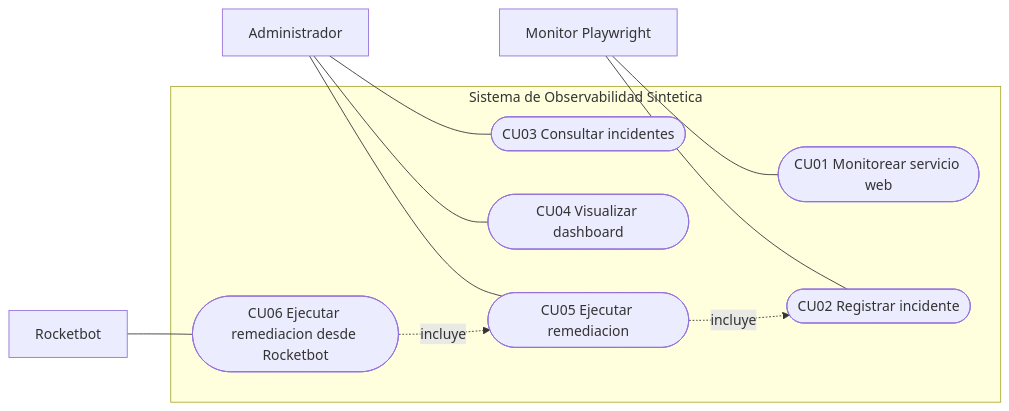
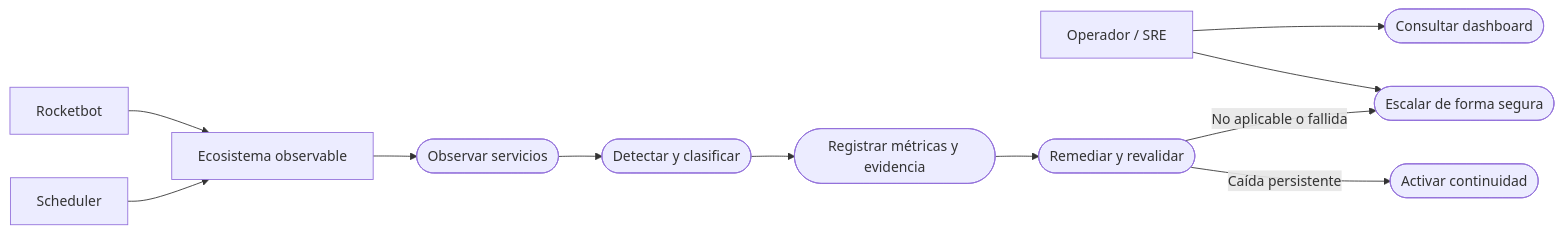
The diagram in docs/casos_uso.mmd (SmokeNet/ProyectoTesisUDLA), drawn with Mermaid before and after one commit. The commit also changed 47 other files, not shown here.

```diff
--- a/docs/casos_uso.mmd
+++ b/docs/casos_uso.mmd
@@ -1,25 +1,20 @@
 flowchart LR
-    Administrador["Administrador"]
-    Monitor["Monitor Playwright"]
+    Operador["Operador / SRE"]
     Rocketbot["Rocketbot"]
+    Scheduler["Scheduler"]
+    Sistema["Ecosistema observable"]
+    Observar(["Observar servicios"])
+    Detectar(["Detectar y clasificar"])
+    Evidenciar(["Registrar métricas y evidencia"])
+    Remediar(["Remediar y revalidar"])
+    Escalar(["Escalar de forma segura"])
+    Continuar(["Activar continuidad"])
+    Consultar(["Consultar dashboard"])
 
-    subgraph Sistema["Sistema de Observabilidad Sintetica"]
-        CU01(["CU01 Monitorear servicio web"])
-        CU02(["CU02 Registrar incidente"])
-        CU03(["CU03 Consultar incidentes"])
-        CU04(["CU04 Visualizar dashboard"])
-        CU05(["CU05 Ejecutar remediacion"])
-        CU06(["CU06 Ejecutar remediacion desde Rocketbot"])
-    end
-
-    Monitor --- CU01
-    Monitor --- CU02
-
-    Administrador --- CU03
-    Administrador --- CU04
-    Administrador --- CU05
-
-    Rocketbot --- CU06
-
-    CU06 -. incluye .-> CU05
-    CU05 -. incluye .-> CU02
+    Rocketbot --> Sistema
+    Scheduler --> Sistema
+    Sistema --> Observar --> Detectar --> Evidenciar --> Remediar
+    Remediar -->|No aplicable o fallida| Escalar
+    Remediar -->|Caída persistente| Continuar
+    Operador --> Consultar
+    Operador --> Escalar
```
